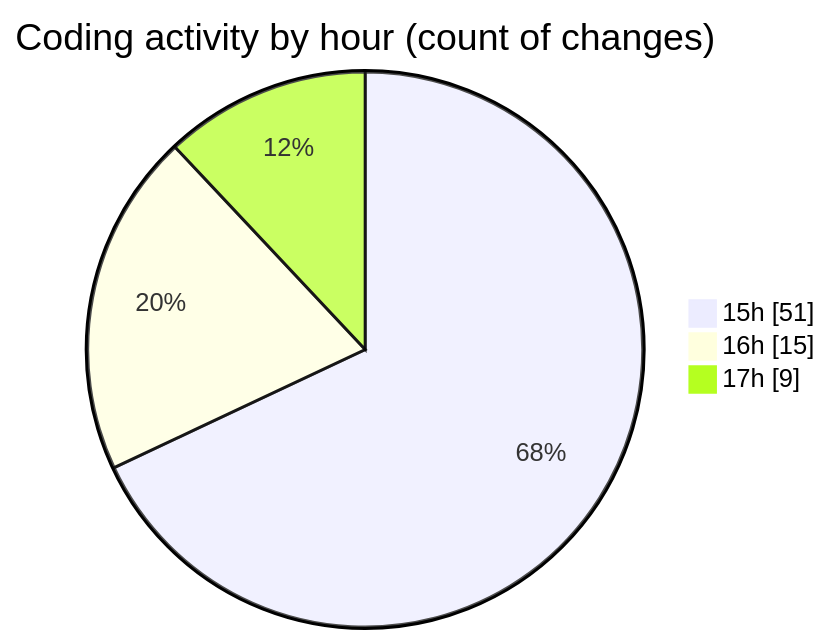
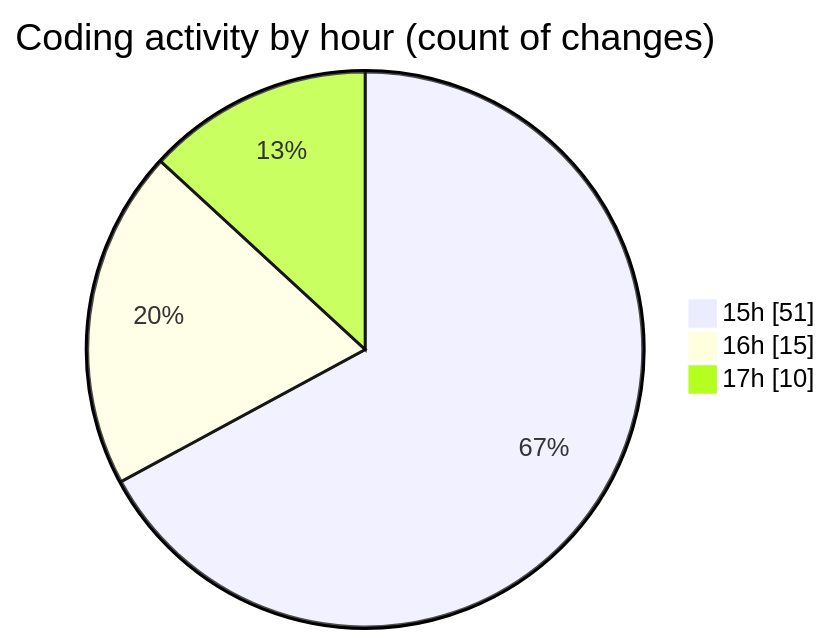
Before and after one commit to Elitesun/code-tracking: the second of 2 diagrams in 2025-05-10/elitesun/README.md, drawn with Mermaid. The commit also changed other lines of this file and 1 other file, not shown here.

````diff
--- a/2025-05-10/elitesun/README.md
+++ b/2025-05-10/elitesun/README.md
@@ -59,7 +59,7 @@
 ```mermaid
 pie showData
 title Coding activity by hour (count of changes)
 "15h" : 51
 "16h" : 15
-"17h" : 9
+"17h" : 10
 ```
````
